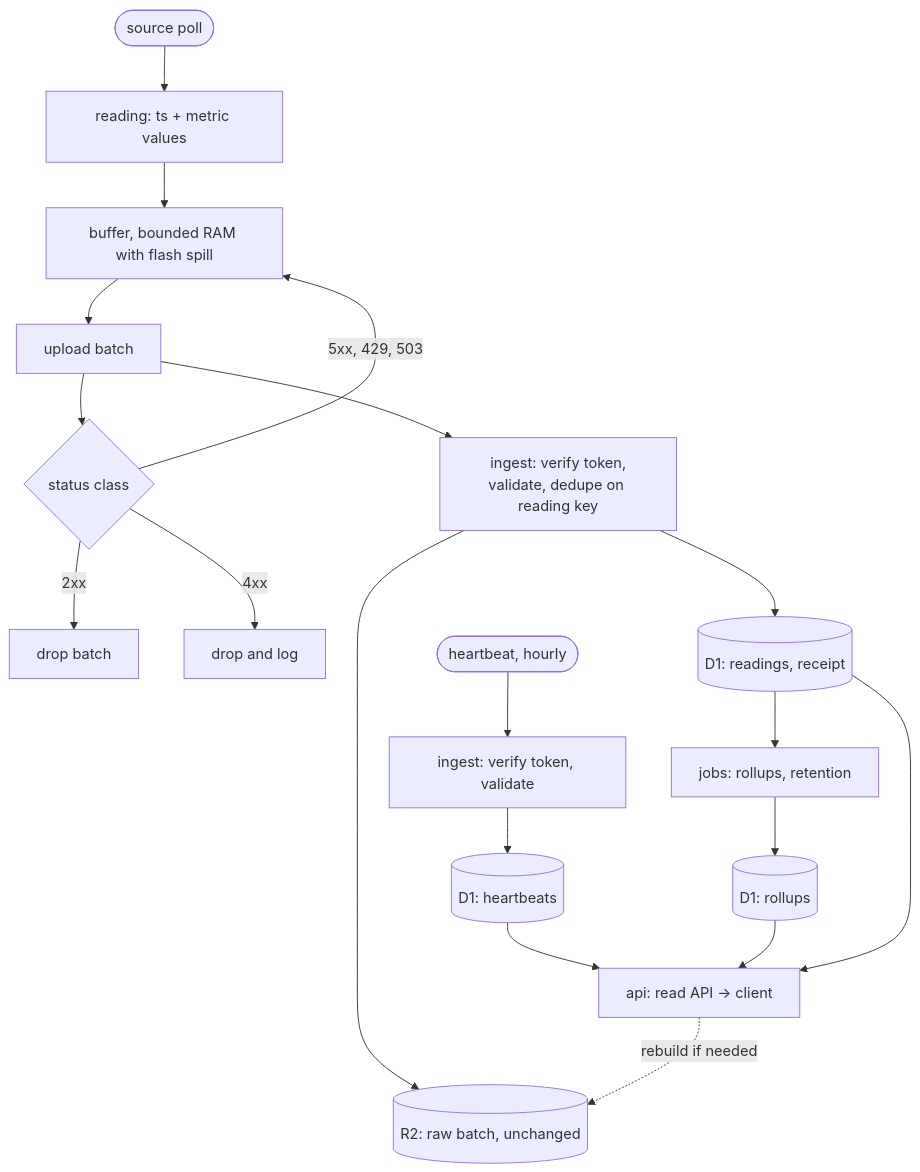
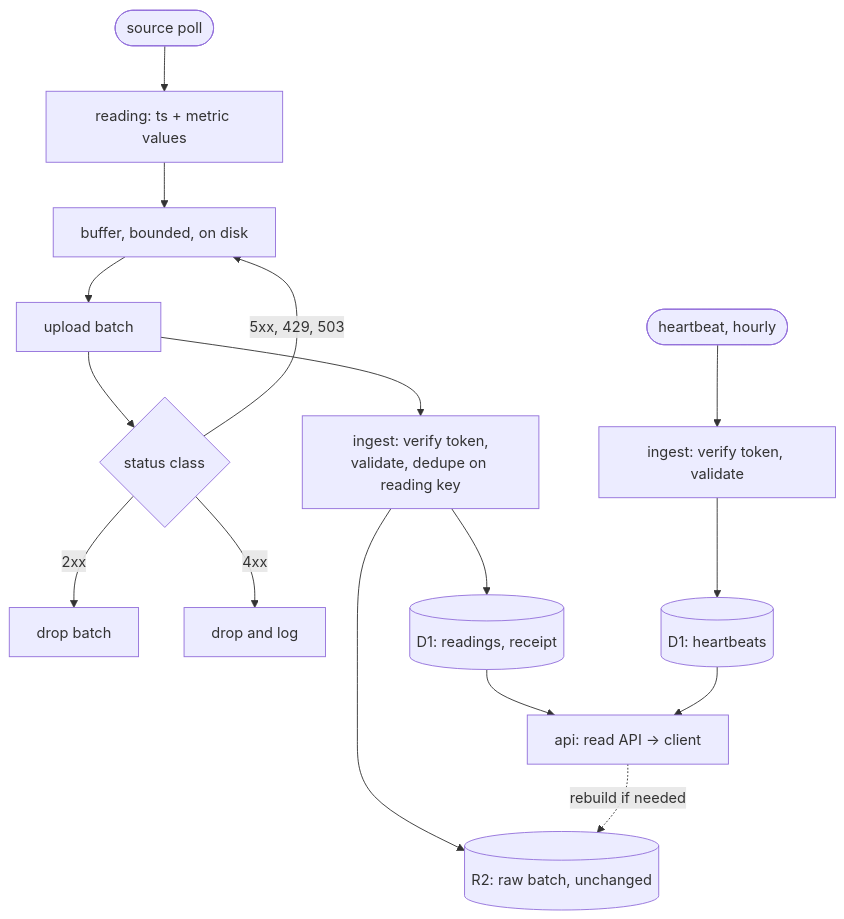
Before and after one commit to fabbrito/magellan-cloud: the second of 2 diagrams in docs/DESIGN.md, drawn with Mermaid. The commit also changed other lines of this file and 7 other files, not shown here.

````diff
--- a/docs/DESIGN.md
+++ b/docs/DESIGN.md
@@ -250,21 +251,18 @@
 ```mermaid
 flowchart TD
     A([source poll]) --> B[reading: ts + metric values]
-    B --> C[buffer, bounded RAM with flash spill]
+    B --> C[buffer, bounded, on disk]
     C --> D[upload batch]
     D --> E{status class}
     E -->|2xx| F[drop batch]
     E -->|4xx| G[drop and log]
     E -->|5xx, 429, 503| C
     D --> H[ingest: verify token,<br/>validate, dedupe on reading key]
     H --> I[(R2: raw batch, unchanged)]
     H --> J[(D1: readings, receipt)]
     N([heartbeat, hourly]) --> O[ingest: verify token, validate]
     O --> P[(D1: heartbeats)]
-    J --> K[jobs: rollups, retention]
-    K --> L[(D1: rollups)]
     J --> M[api: read API → client]
     P --> M
-    L --> M
     M -.->|rebuild if needed| I
 ```
````
